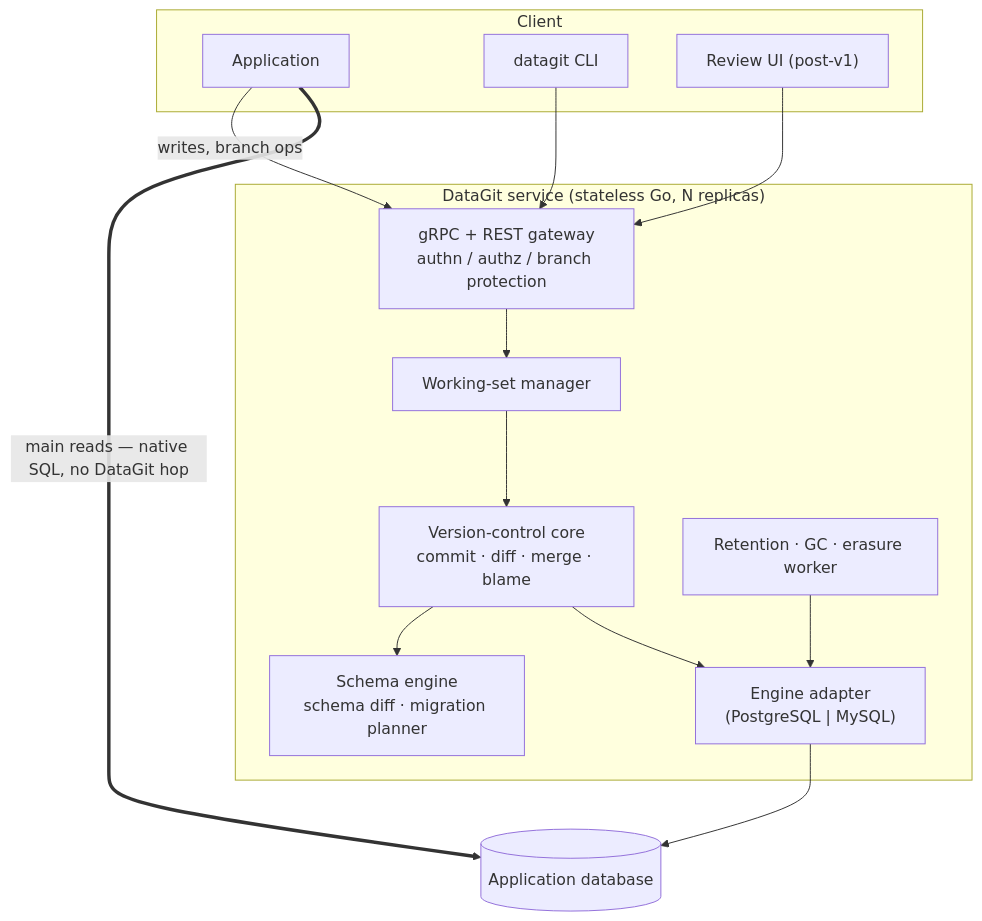
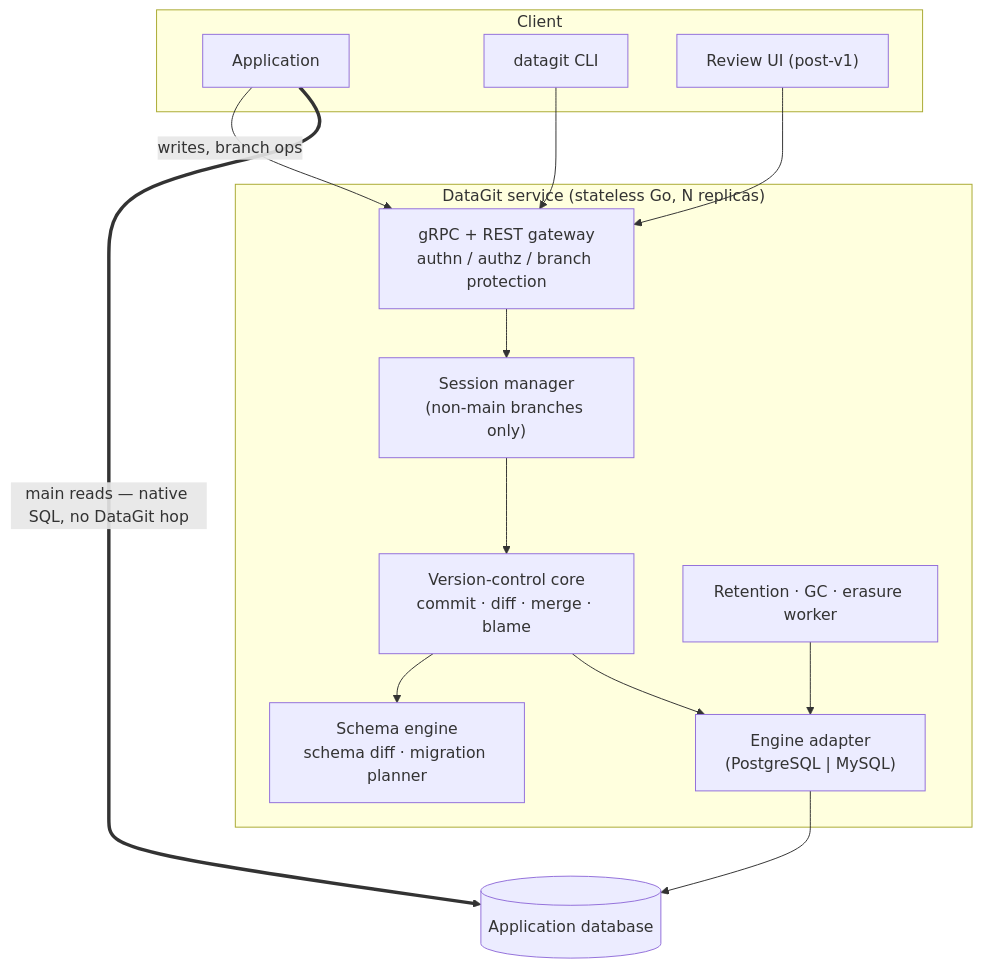
Before and after one commit to Glyph-Software/datagit: the first of 2 diagrams in DESIGN.md, drawn with Mermaid. The commit also changed other lines of this file and 3 other files, not shown here.

````diff
--- a/DESIGN.md
+++ b/DESIGN.md
@@ -148,29 +152,29 @@
 ```mermaid
 flowchart TB
     subgraph Client
       APP["Application"]
       CLI["datagit CLI"]
       UI["Review UI (post-v1)"]
     end
 
     subgraph DG["DataGit service (stateless Go, N replicas)"]
       API["gRPC + REST gateway<br/>authn / authz / branch protection"]
-      WS["Working-set manager"]
+      WS["Session manager<br/>(non-main branches only)"]
       VC["Version-control core<br/>commit · diff · merge · blame"]
       SCH["Schema engine<br/>schema diff · migration planner"]
       GC["Retention · GC · erasure worker"]
       AD["Engine adapter<br/>(PostgreSQL | MySQL)"]
     end
 
     DB[("Application database")]
 
     APP -->|writes, branch ops| API
     CLI --> API
     UI --> API
     API --> WS --> VC
     VC --> SCH
     VC --> AD
     GC --> AD
     AD --> DB
     APP ==>|"main reads — native SQL, no DataGit hop"| DB
 ```
````
